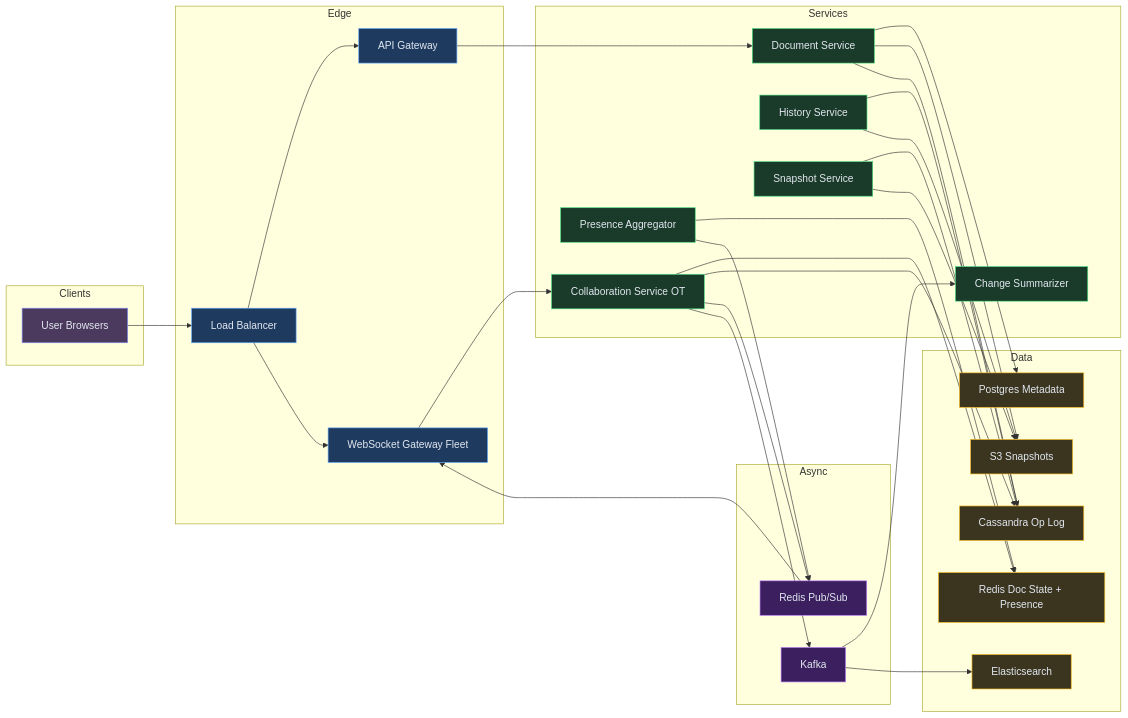
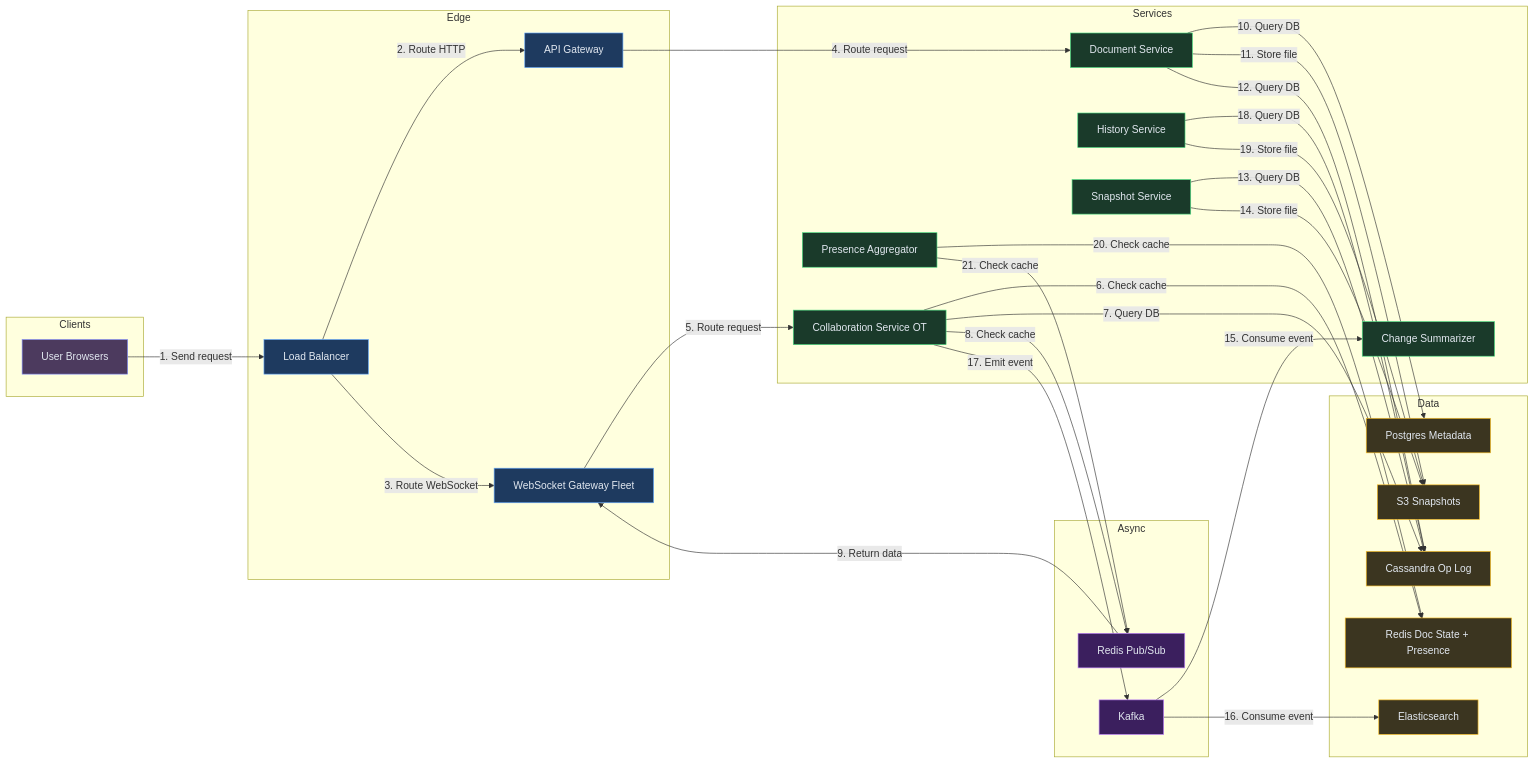
Before and after one commit to iluzn/HLD-Designs: diagram 11 of 11 in content/hld/GoogleDocs.md, drawn with Mermaid. The commit also changed other lines of this file and 27 other files, not shown here.

````diff
--- a/content/hld/GoogleDocs.md
+++ b/content/hld/GoogleDocs.md
@@ -681,63 +681,63 @@
 ```mermaid
 flowchart LR
     subgraph Clients
         U1["User Browsers"]:::client
     end
 
     subgraph Edge
         LB["Load Balancer"]:::edge
         GW["API Gateway"]:::edge
         WSG["WebSocket Gateway Fleet"]:::edge
     end
 
     subgraph Services
         DS["Document Service"]:::service
         CS["Collaboration Service OT"]:::service
         HS["History Service"]:::service
         SS["Snapshot Service"]:::service
         SUMM["Change Summarizer"]:::service
         PRES["Presence Aggregator"]:::service
     end
 
     subgraph Async
         KF["Kafka"]:::async
         RPS["Redis Pub/Sub"]:::async
     end
 
     subgraph Data
         PG["Postgres Metadata"]:::data
         CAS["Cassandra Op Log"]:::data
         RED["Redis Doc State + Presence"]:::data
         S3["S3 Snapshots"]:::data
         ES["Elasticsearch"]:::data
     end
 
-    U1 --> LB
-    LB --> GW
-    LB --> WSG
-    GW --> DS
-    WSG --> CS
-    CS --> RED
-    CS --> CAS
-    CS --> RPS
-    RPS --> WSG
-    DS --> PG
-    DS --> S3
-    DS --> CAS
-    SS --> CAS
-    SS --> S3
-    KF --> SUMM
-    KF --> ES
-    CS --> KF
-    HS --> CAS
-    HS --> S3
-    PRES --> RED
-    PRES --> RPS
+    U1 -->|"1. Send request"| LB
+    LB -->|"2. Route HTTP"| GW
+    LB -->|"3. Route WebSocket"| WSG
+    GW -->|"4. Route request"| DS
+    WSG -->|"5. Route request"| CS
+    CS -->|"6. Check cache"| RED
+    CS -->|"7. Query DB"| CAS
+    CS -->|"8. Check cache"| RPS
+    RPS -->|"9. Return data"| WSG
+    DS -->|"10. Query DB"| PG
+    DS -->|"11. Store file"| S3
+    DS -->|"12. Query DB"| CAS
+    SS -->|"13. Query DB"| CAS
+    SS -->|"14. Store file"| S3
+    KF -->|"15. Consume event"| SUMM
+    KF -->|"16. Consume event"| ES
+    CS -->|"17. Emit event"| KF
+    HS -->|"18. Query DB"| CAS
+    HS -->|"19. Store file"| S3
+    PRES -->|"20. Check cache"| RED
+    PRES -->|"21. Check cache"| RPS
 
     classDef client fill:#4c3a5e,stroke:#818cf8,color:#e2e8f0
     classDef edge fill:#1e3a5f,stroke:#60a5fa,color:#e2e8f0
     classDef service fill:#1a3a2a,stroke:#4ade80,color:#e2e8f0
     classDef async fill:#3b1f5e,stroke:#c084fc,color:#e2e8f0
     classDef data fill:#3b3520,stroke:#fbbf24,color:#e2e8f0
     classDef external fill:#4a1942,stroke:#f472b6,color:#e2e8f0
 ```
````
